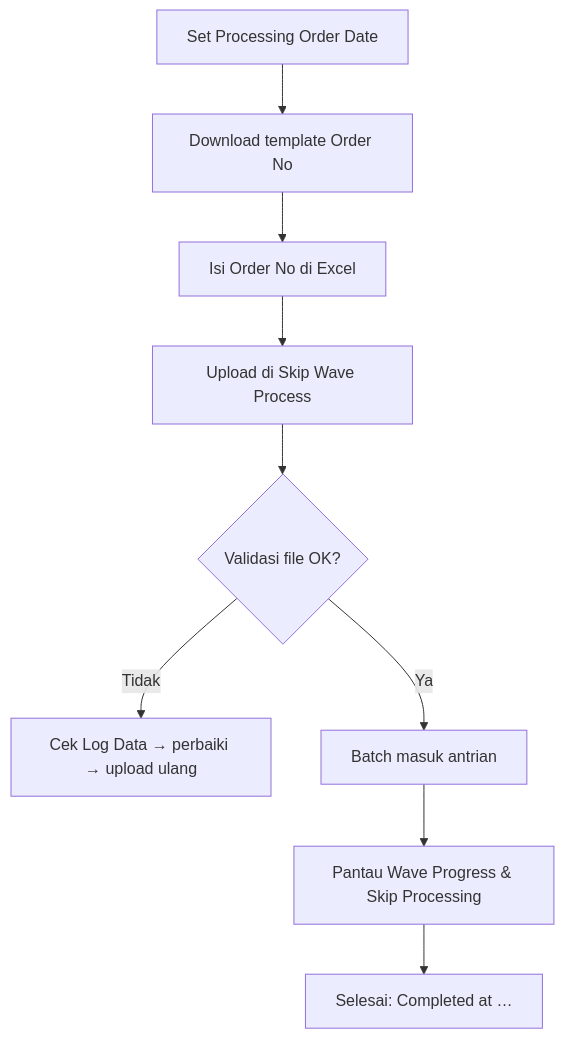
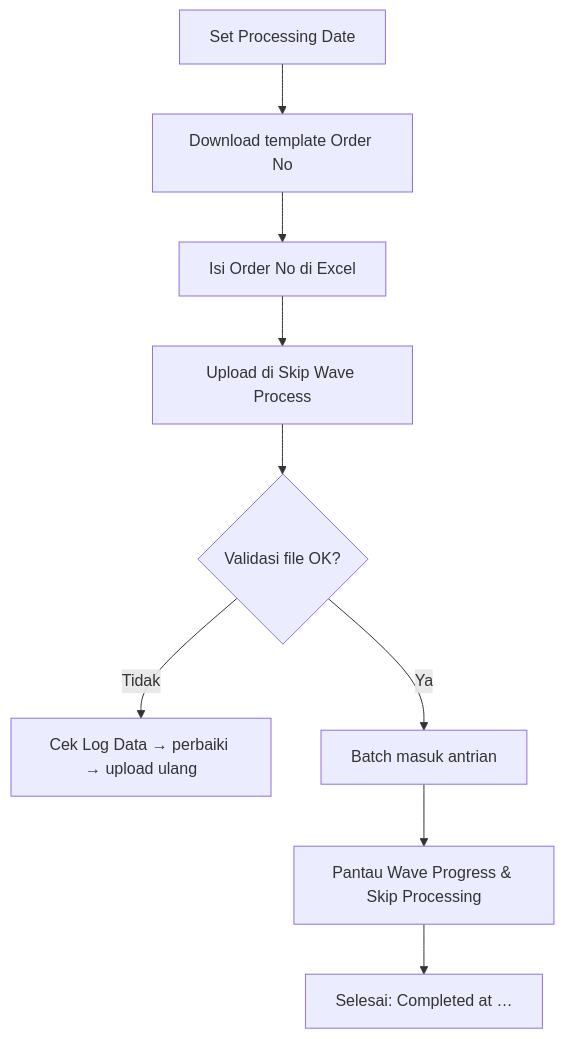
The diagram in qa-docs/omni-skip-wave-process/knowledge-base.md (yendyr/olshoperp-docs), drawn with Mermaid before and after one commit. The commit also changed other lines of this file and 5 other files, not shown here.

````diff
--- a/qa-docs/omni-skip-wave-process/knowledge-base.md
+++ b/qa-docs/omni-skip-wave-process/knowledge-base.md
@@ -43,11 +43,11 @@
 ```mermaid
 flowchart TD
-    A["Set Processing Order Date"] --> B["Download template Order No"]
+    A["Set Processing Date"] --> B["Download template Order No"]
     B --> C["Isi Order No di Excel"]
     C --> D["Upload di Skip Wave Process"]
     D --> E{"Validasi file OK?"}
     E -->|Tidak| F["Cek Log Data → perbaiki → upload ulang"]
     E -->|Ya| G["Batch masuk antrian"]
     G --> H["Pantau Wave Progress & Skip Processing"]
     H --> I["Selesai: Completed at …"]
 ```
````
